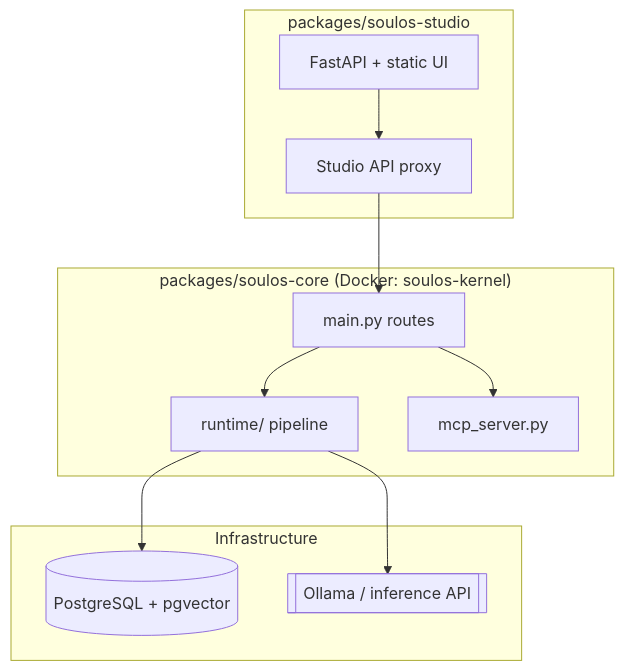
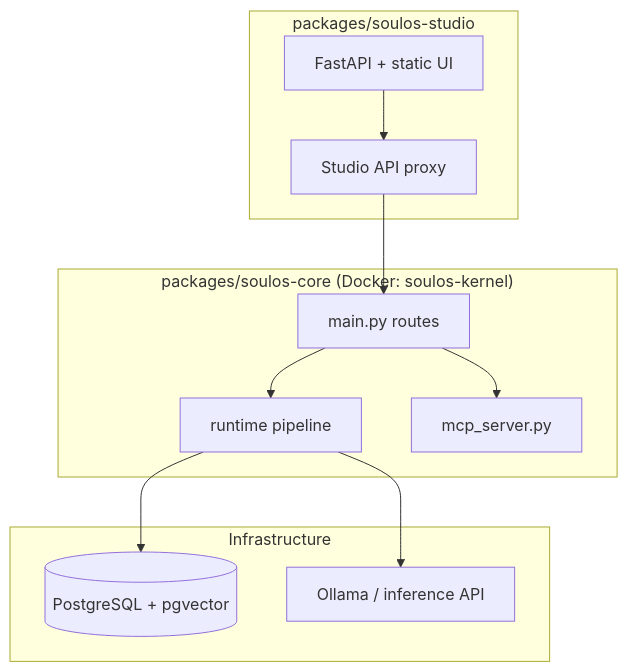
Before and after one commit to mziqudhd92/soul-os: the diagram in docs/reference/architecture.md, drawn with Mermaid. The commit also changed 1 other file, not shown here.

Commit message:
fix: quote Mermaid labels so GitHub renders architecture diagrams
Special characters in @soulos/sdk and slash paths broke the README flowchart parser.

````diff
--- a/docs/reference/architecture.md
+++ b/docs/reference/architecture.md
@@ -32,25 +32,25 @@
 ```mermaid
 graph TB
-    subgraph "packages/soulos-studio"
-        Studio[FastAPI + static UI]
-        StudioAPI[Studio API proxy]
+    subgraph studio ["packages/soulos-studio"]
+        Studio["FastAPI + static UI"]
+        StudioAPI["Studio API proxy"]
         Studio --> StudioAPI
     end
 
-    subgraph "packages/soulos-core (Docker: soulos-kernel)"
-        API[main.py routes]
-        RT[runtime/ pipeline]
-        MCP[mcp_server.py]
+    subgraph core ["packages/soulos-core (Docker: soulos-kernel)"]
+        API["main.py routes"]
+        RT["runtime pipeline"]
+        MCP["mcp_server.py"]
         API --> RT
         API --> MCP
     end
 
-    subgraph "Infrastructure"
-        DB[(PostgreSQL + pgvector)]
-        LLM[[Ollama / inference API]]
+    subgraph infra ["Infrastructure"]
+        DB[("PostgreSQL + pgvector")]
+        LLM["Ollama / inference API"]
         RT --> DB
         RT --> LLM
     end
 
     StudioAPI --> API
 ```
````
